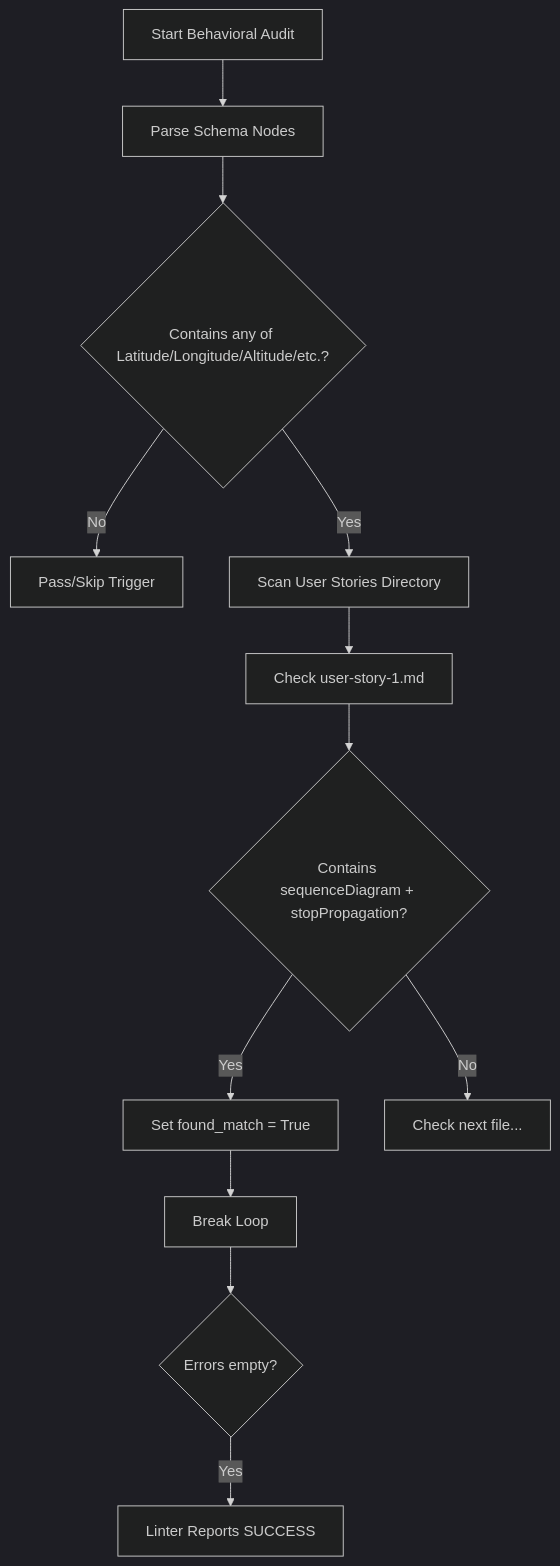
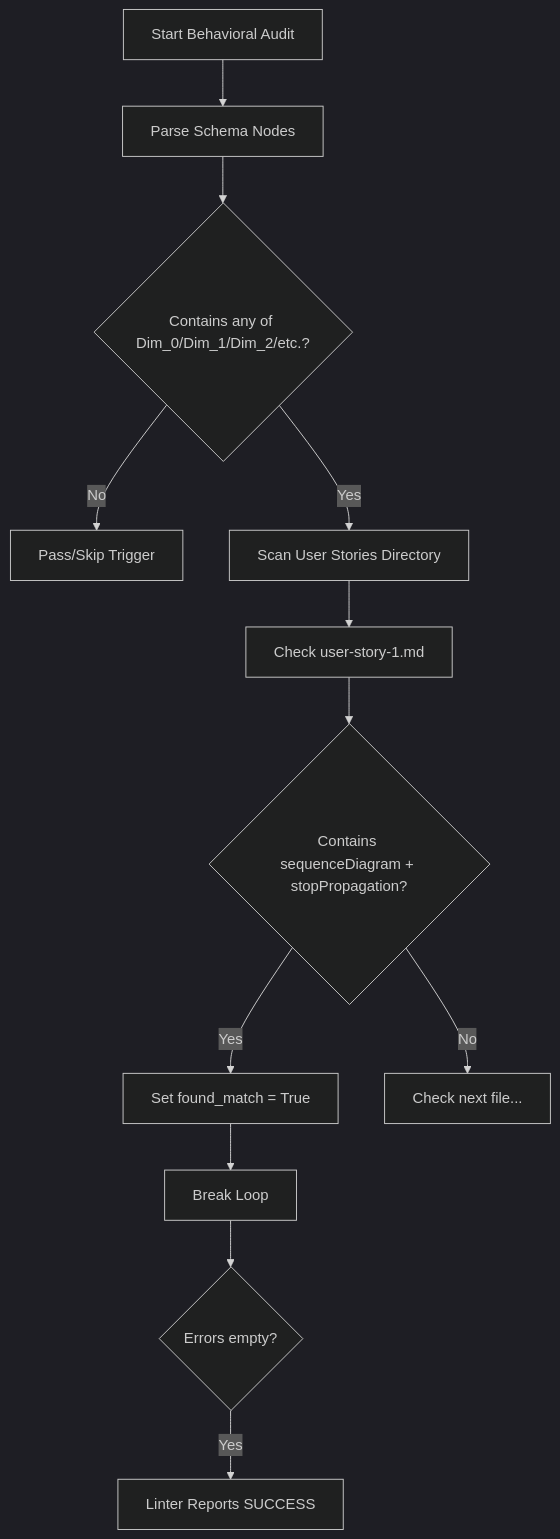
The second of 2 diagrams in docs/decisions/audits/pipeline_integration_critique.md (gintatkinson/digital-pipeline-repo), drawn with Mermaid (dark theme) before and after one commit. The commit also changed other lines of this file and 36 other files, not shown here.

````diff
--- a/docs/decisions/audits/pipeline_integration_critique.md
+++ b/docs/decisions/audits/pipeline_integration_critique.md
@@ -128,14 +128,14 @@
 ```mermaid
 graph TD
     A[Start Behavioral Audit] --> B[Parse Schema Nodes]
-    B --> C{Contains any of Latitude/Longitude/Altitude/etc.?}
+    B --> C{Contains any of Dim_0/Dim_1/Dim_2/etc.?}
     C -- No --> D[Pass/Skip Trigger]
     C -- Yes --> E[Scan User Stories Directory]
     E --> F[Check user-story-1.md]
     F --> G{Contains sequenceDiagram + stopPropagation?}
     G -- Yes --> H[Set found_match = True]
     H --> I[Break Loop]
     I --> J{Errors empty?}
     J -- Yes --> K[Linter Reports SUCCESS]
     G -- No --> L[Check next file...]
 ```
````
